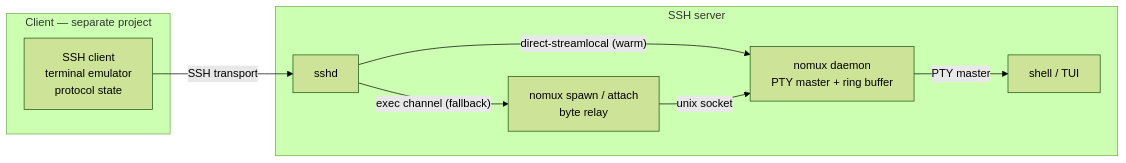
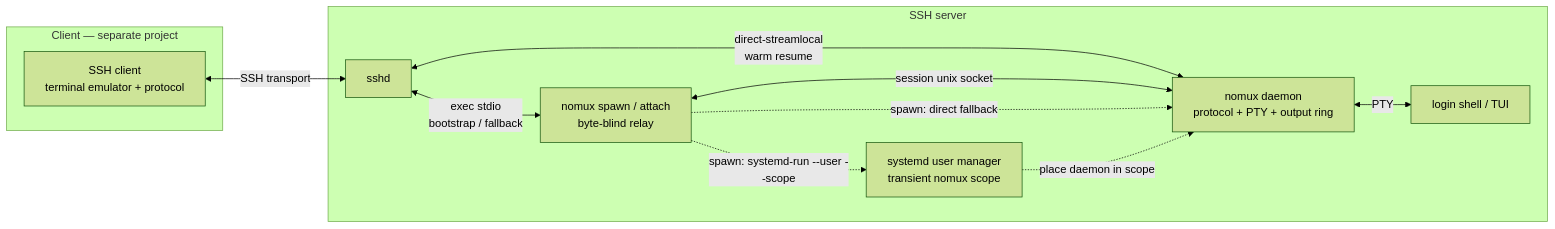
Before and after one commit to fornwall/nomux: the first of 2 diagrams in DESIGN.md, drawn with Mermaid (forest theme). The commit also changed other lines of this file, not shown here.

Commit message:
Clarify architecture and lifecycle diagrams

````diff
--- a/DESIGN.md
+++ b/DESIGN.md
@@ -64,19 +64,23 @@
 ```mermaid
 flowchart LR
   subgraph client["Client — separate project"]
-    APP["SSH client<br/>terminal emulator<br/>protocol state"]
+    APP["SSH client<br/>terminal emulator + protocol"]
   end
 
   subgraph server["SSH server"]
     SSHD["sshd"]
-    RELAY["nomux spawn / attach<br/>byte relay"]
-    DAEMON["nomux daemon<br/>PTY master + ring buffer"]
-    CHILD["shell / TUI"]
+    RELAY["nomux spawn / attach<br/>byte-blind relay"]
+    SYSTEMD["systemd user manager<br/>transient nomux scope"]
+    DAEMON["nomux daemon<br/>protocol + PTY + output ring"]
+    CHILD["login shell / TUI"]
   end
 
-  APP -- "SSH transport" --> SSHD
-  SSHD -- "direct-streamlocal (warm)" --> DAEMON
-  SSHD -- "exec channel (fallback)" --> RELAY
-  RELAY -- "unix socket" --> DAEMON
-  DAEMON -- "PTY master" --> CHILD
+  APP <-->|"SSH transport"| SSHD
+  SSHD <-->|"direct-streamlocal<br/>warm resume"| DAEMON
+  SSHD <-->|"exec stdio<br/>bootstrap / fallback"| RELAY
+  RELAY <-->|"session unix socket"| DAEMON
+  RELAY -.->|"spawn: direct fallback"| DAEMON
+  RELAY -.->|"spawn: systemd-run --user --scope"| SYSTEMD
+  SYSTEMD -.->|"place daemon in scope"| DAEMON
+  DAEMON <-->|"PTY"| CHILD
 ```
````
